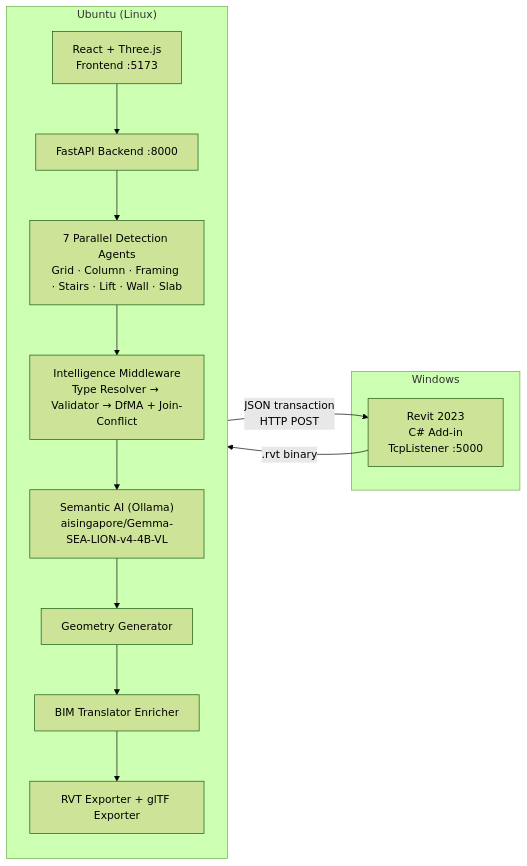
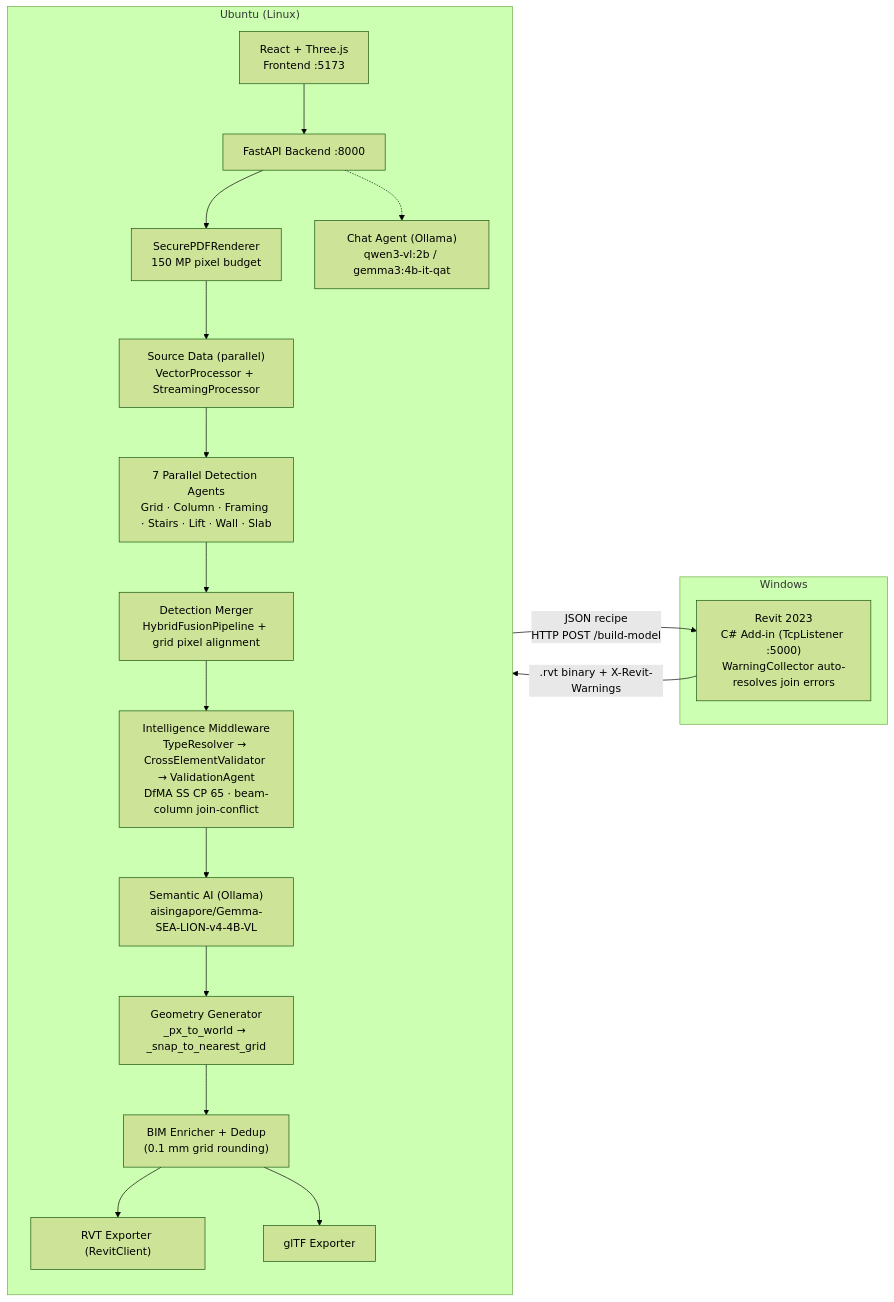
The first of 3 diagrams in DEPLOYMENT.md (josephteh97/mcc-amplify-v4), drawn with Mermaid (forest theme) before and after one commit. The commit also changed other lines of this file and 8 other files, not shown here.

````diff
--- a/DEPLOYMENT.md
+++ b/DEPLOYMENT.md
@@ -24,24 +24,32 @@
 ```mermaid
 flowchart LR
     subgraph UBUNTU["Ubuntu (Linux)"]
         direction TB
         FE["React + Three.js\nFrontend :5173"]
         API["FastAPI Backend :8000"]
+        SEC["SecurePDFRenderer\n150 MP pixel budget"]
+        SRC["Source Data (parallel)\nVectorProcessor + StreamingProcessor"]
         AGENTS["7 Parallel Detection Agents\nGrid · Column · Framing · Stairs · Lift · Wall · Slab"]
-        INT["Intelligence Middleware\nType Resolver → Validator → DfMA + Join-Conflict"]
+        MERGE["Detection Merger\nHybridFusionPipeline + grid pixel alignment"]
+        INT["Intelligence Middleware\nTypeResolver → CrossElementValidator → ValidationAgent\nDfMA SS CP 65 · beam-column join-conflict"]
         SEM["Semantic AI (Ollama)\naisingapore/Gemma-SEA-LION-v4-4B-VL"]
-        GEO["Geometry Generator"]
-        BTE["BIM Translator Enricher"]
-        EXP["RVT Exporter + glTF Exporter"]
+        GEO["Geometry Generator\n_px_to_world → _snap_to_nearest_grid"]
+        BTE["BIM Enricher + Dedup\n(0.1 mm grid rounding)"]
+        RVTEXP["RVT Exporter (RevitClient)"]
+        GLTEXP["glTF Exporter"]
+        CHAT["Chat Agent (Ollama)\nqwen3-vl:2b / gemma3:4b-it-qat"]
 
-        FE --> API --> AGENTS
-        AGENTS --> INT --> SEM --> GEO --> BTE --> EXP
+        FE --> API
+        API --> SEC --> SRC --> AGENTS --> MERGE --> INT --> SEM --> GEO --> BTE
+        BTE --> RVTEXP
+        BTE --> GLTEXP
+        API -.-> CHAT
     end
 
     subgraph WIN["Windows"]
-        REVIT["Revit 2023\nC# Add-in\nTcpListener :5000"]
+        REVIT["Revit 2023\nC# Add-in (TcpListener :5000)\nWarningCollector auto-resolves join errors"]
     end
 
-    EXP -->|"JSON transaction\nHTTP POST"| REVIT
-    REVIT -->|".rvt binary"| EXP
+    RVTEXP -->|"JSON recipe\nHTTP POST /build-model"| REVIT
+    REVIT -->|".rvt binary + X-Revit-Warnings"| RVTEXP
 ```
````
